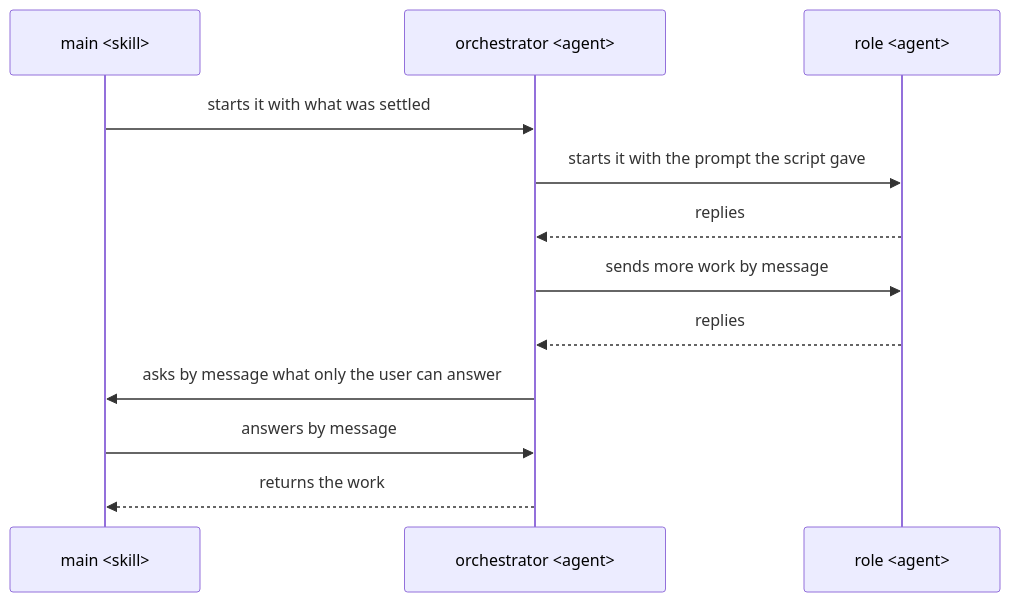
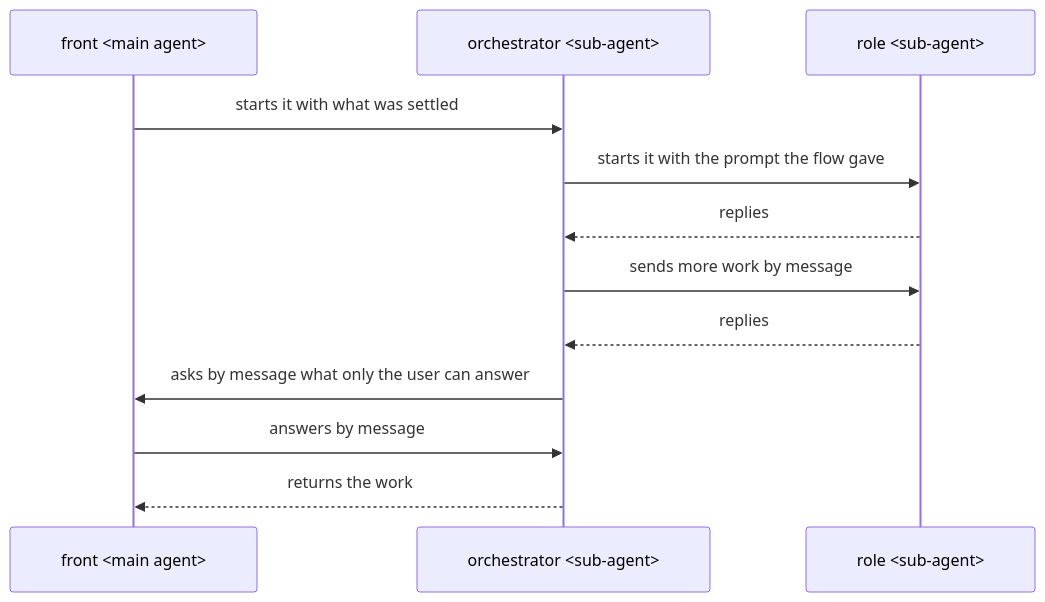
One commit to lovaizu/ccpm changed the second of 2 diagrams in dev/architecture.md. Above: the diagram before and after it, drawn with Mermaid. The commit also changed other lines of this file, not shown here.

First line of the commit message:
How a plugin works: each part named by its role, with what it is in Claude Code beside it (front, a main agent; flow, a script; guard, a hook), and the user's part listed

````diff
--- a/dev/architecture.md
+++ b/dev/architecture.md
@@ -94,14 +95,14 @@
 ```mermaid
 sequenceDiagram
-  participant M as main #lt;skill#gt;
-  participant O as orchestrator #lt;agent#gt;
-  participant R as role #lt;agent#gt;
+  participant M as front #lt;main agent#gt;
+  participant O as orchestrator #lt;sub-agent#gt;
+  participant R as role #lt;sub-agent#gt;
   M->>O: starts it with what was settled
-  O->>R: starts it with the prompt the script gave
+  O->>R: starts it with the prompt the flow gave
   R-->>O: replies
   O->>R: sends more work by message
   R-->>O: replies
   O->>M: asks by message what only the user can answer
   M->>O: answers by message
   O-->>M: returns the work
 ```
````
